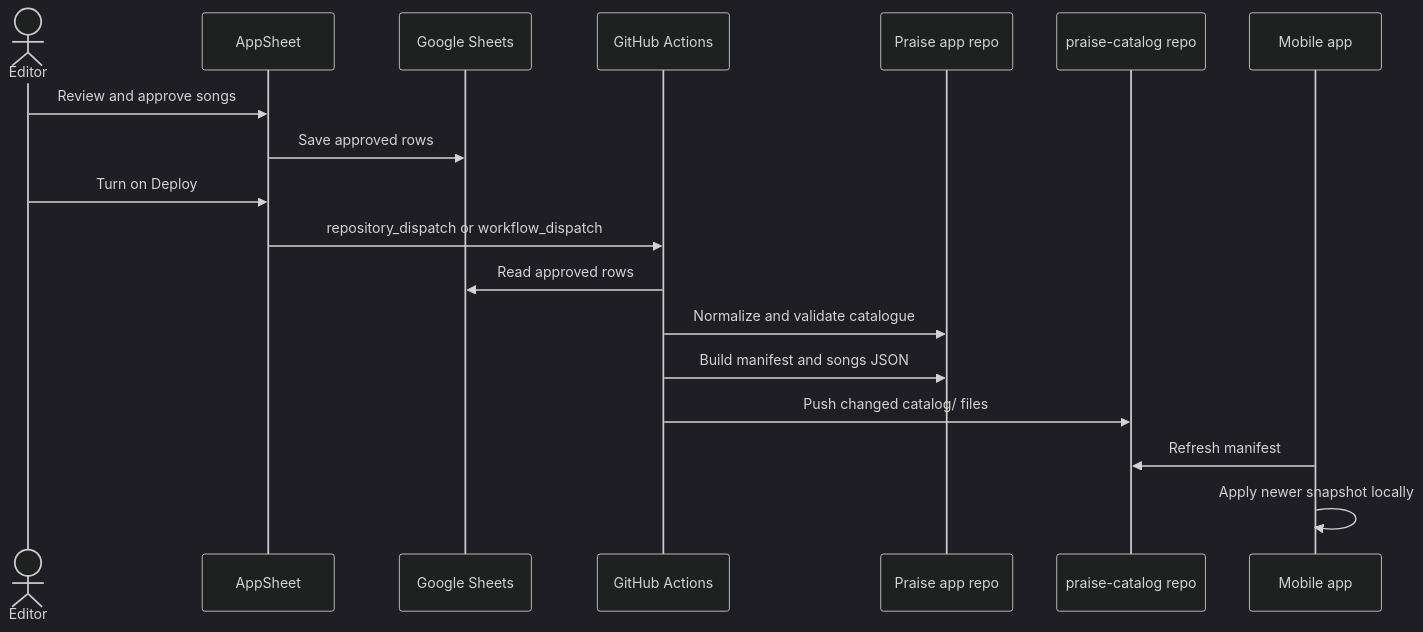
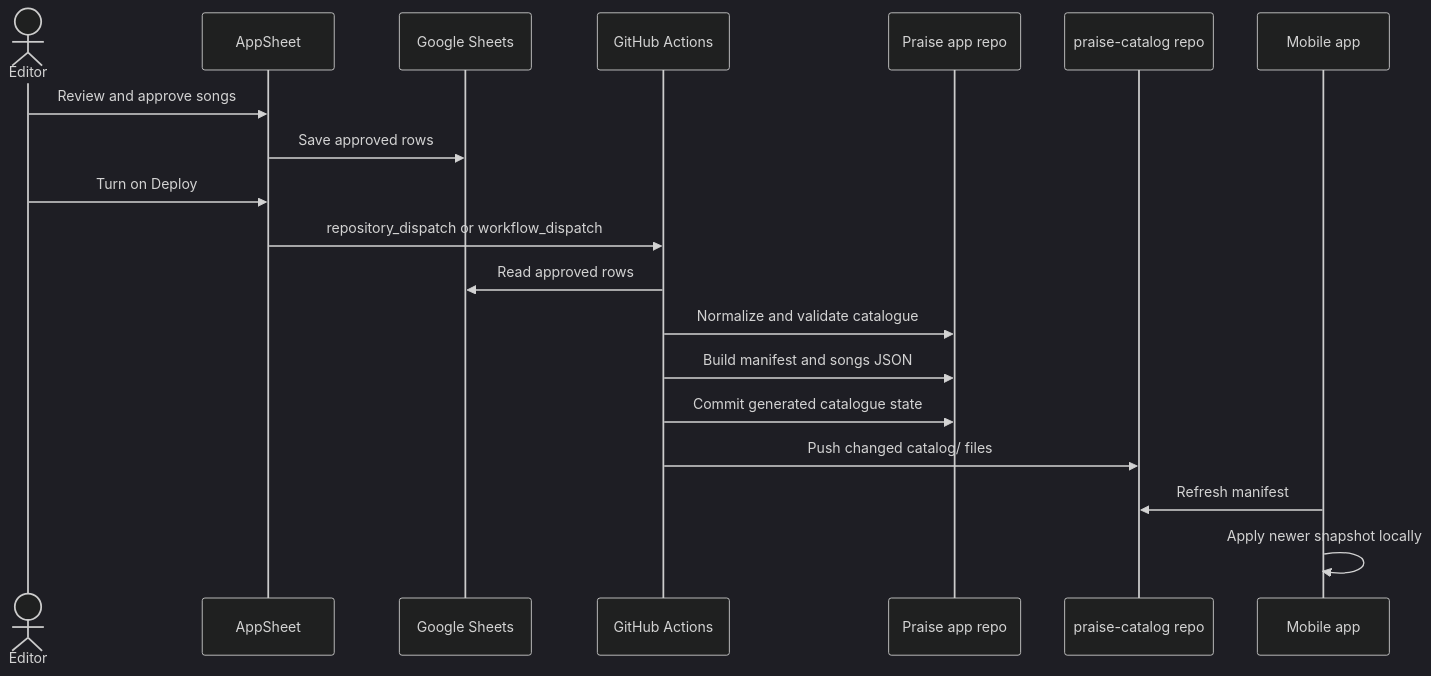
The diagram in docs/APPSHEET_CATALOG_WORKFLOW.md (nani-samireddy/praise), drawn with Mermaid (dark theme) before and after one commit. The commit also changed other lines of this file and 13 other files, not shown here.

````diff
--- a/docs/APPSHEET_CATALOG_WORKFLOW.md
+++ b/docs/APPSHEET_CATALOG_WORKFLOW.md
@@ -65,21 +68,22 @@
 ```mermaid
 sequenceDiagram
     actor Editor
     participant AppSheet
     participant Sheets as Google Sheets
     participant Actions as GitHub Actions
     participant AppRepo as Praise app repo
     participant CatRepo as praise-catalog repo
     participant Mobile as Mobile app
 
     Editor->>AppSheet: Review and approve songs
     AppSheet->>Sheets: Save approved rows
     Editor->>AppSheet: Turn on Deploy
     AppSheet->>Actions: repository_dispatch or workflow_dispatch
     Actions->>Sheets: Read approved rows
     Actions->>AppRepo: Normalize and validate catalogue
     Actions->>AppRepo: Build manifest and songs JSON
+    Actions->>AppRepo: Commit generated catalogue state
     Actions->>CatRepo: Push changed catalog/ files
     Mobile->>CatRepo: Refresh manifest
     Mobile->>Mobile: Apply newer snapshot locally
 ```
````
